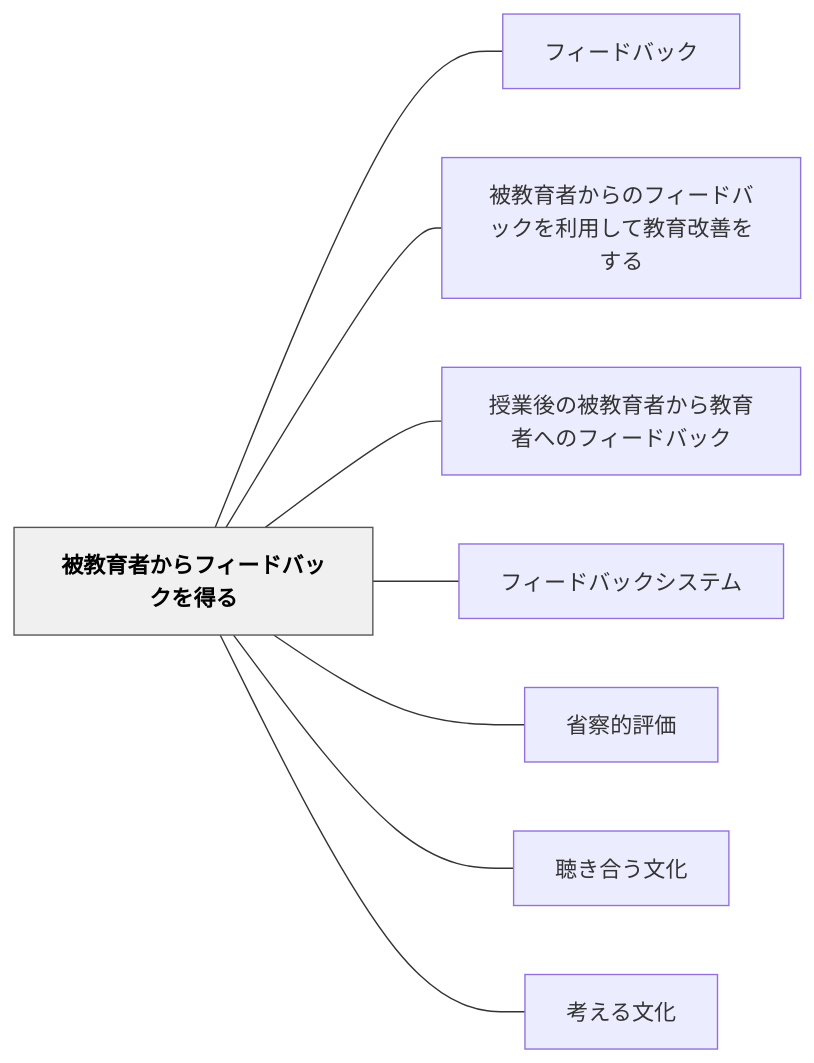
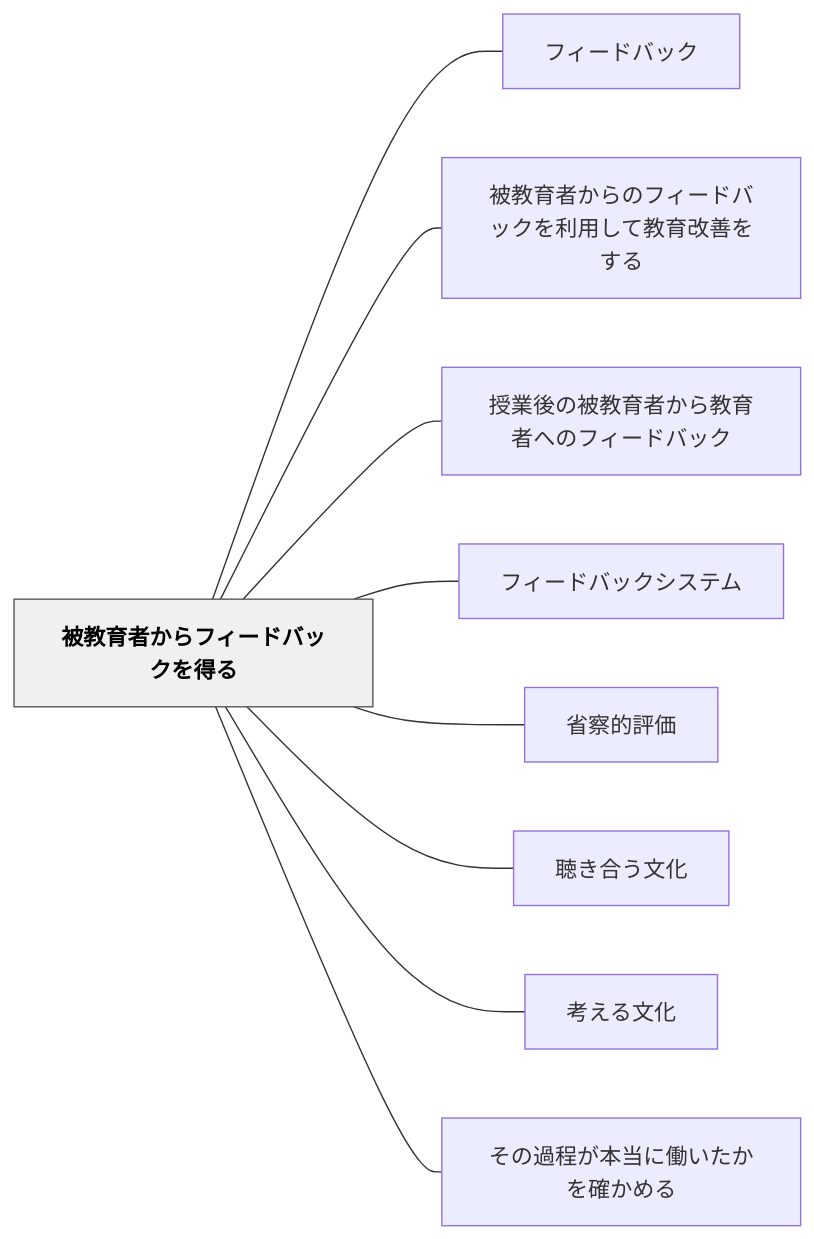
One commit to unknownthings-ed-patterns/unknownthings-ed-patterns changed the diagram in content/パタン/被教育者からフィードバックを得る.md. Above: the diagram before and after it, drawn with Mermaid. The commit also changed other lines of this file and 17 other files, not shown here.

````diff
--- a/content/パタン/被教育者からフィードバックを得る.md
+++ b/content/パタン/被教育者からフィードバックを得る.md
@@ -44,22 +44,24 @@
 ```mermaid
 flowchart LR
     ne8a2abe69599e882b2e88085e3818be38289e38395e382a3e383bce38389e38390e38383e382afe38292e5be97e3828b["被教育者からフィードバックを得る"]
     ne38395e382a3e383bce38389e38390e38383e382af["フィードバック"]
     ne8a2abe69599e882b2e88085e3818be38289e381aee38395e382a3e383bce38389e38390e38383e382afe38292e588a9e794a8e38197e381a6e69599e882b2e694b9e59684e38292e38199e3828b["被教育者からのフィードバックを利用して教育改善をする"]
     ne68e88e6a5ade5be8ce381aee8a2abe69599e882b2e88085e3818be38289e69599e882b2e88085e381b8e381aee38395e382a3e383bce38389e38390e38383e382af["授業後の被教育者から教育者へのフィードバック"]
     ne38395e382a3e383bce38389e38390e38383e382afe382b7e382b9e38386e383a0["フィードバックシステム"]
     ne79c81e5af9fe79a84e8a995e4bea1["省察的評価"]
     ne881b4e3818de59088e38186e69687e58c96["聴き合う文化"]
     ne88083e38188e3828be69687e58c96["考える文化"]
+    ne3819de381aee9818ee7a88be3818ce69cace5bd93e381abe5838de38184e3819fe3818be38292e7a2bae3818be38281e3828b["その過程が本当に働いたかを確かめる"]
 
     ne8a2abe69599e882b2e88085e3818be38289e38395e382a3e383bce38389e38390e38383e382afe38292e5be97e3828b --- ne38395e382a3e383bce38389e38390e38383e382af
     ne8a2abe69599e882b2e88085e3818be38289e38395e382a3e383bce38389e38390e38383e382afe38292e5be97e3828b --- ne8a2abe69599e882b2e88085e3818be38289e381aee38395e382a3e383bce38389e38390e38383e382afe38292e588a9e794a8e38197e381a6e69599e882b2e694b9e59684e38292e38199e3828b
     ne8a2abe69599e882b2e88085e3818be38289e38395e382a3e383bce38389e38390e38383e382afe38292e5be97e3828b --- ne68e88e6a5ade5be8ce381aee8a2abe69599e882b2e88085e3818be38289e69599e882b2e88085e381b8e381aee38395e382a3e383bce38389e38390e38383e382af
     ne8a2abe69599e882b2e88085e3818be38289e38395e382a3e383bce38389e38390e38383e382afe38292e5be97e3828b --- ne38395e382a3e383bce38389e38390e38383e382afe382b7e382b9e38386e383a0
     ne8a2abe69599e882b2e88085e3818be38289e38395e382a3e383bce38389e38390e38383e382afe38292e5be97e3828b --- ne79c81e5af9fe79a84e8a995e4bea1
     ne8a2abe69599e882b2e88085e3818be38289e38395e382a3e383bce38389e38390e38383e382afe38292e5be97e3828b --- ne881b4e3818de59088e38186e69687e58c96
     ne8a2abe69599e882b2e88085e3818be38289e38395e382a3e383bce38389e38390e38383e382afe38292e5be97e3828b --- ne88083e38188e3828be69687e58c96
+    ne8a2abe69599e882b2e88085e3818be38289e38395e382a3e383bce38389e38390e38383e382afe38292e5be97e3828b --- ne3819de381aee9818ee7a88be3818ce69cace5bd93e381abe5838de38184e3819fe3818be38292e7a2bae3818be38281e3828b
 
     classDef hub fill:#f0f0f0,stroke:#555,color:#000,font-weight:bold
     class ne8a2abe69599e882b2e88085e3818be38289e38395e382a3e383bce38389e38390e38383e382afe38292e5be97e3828b hub
 ```
````
